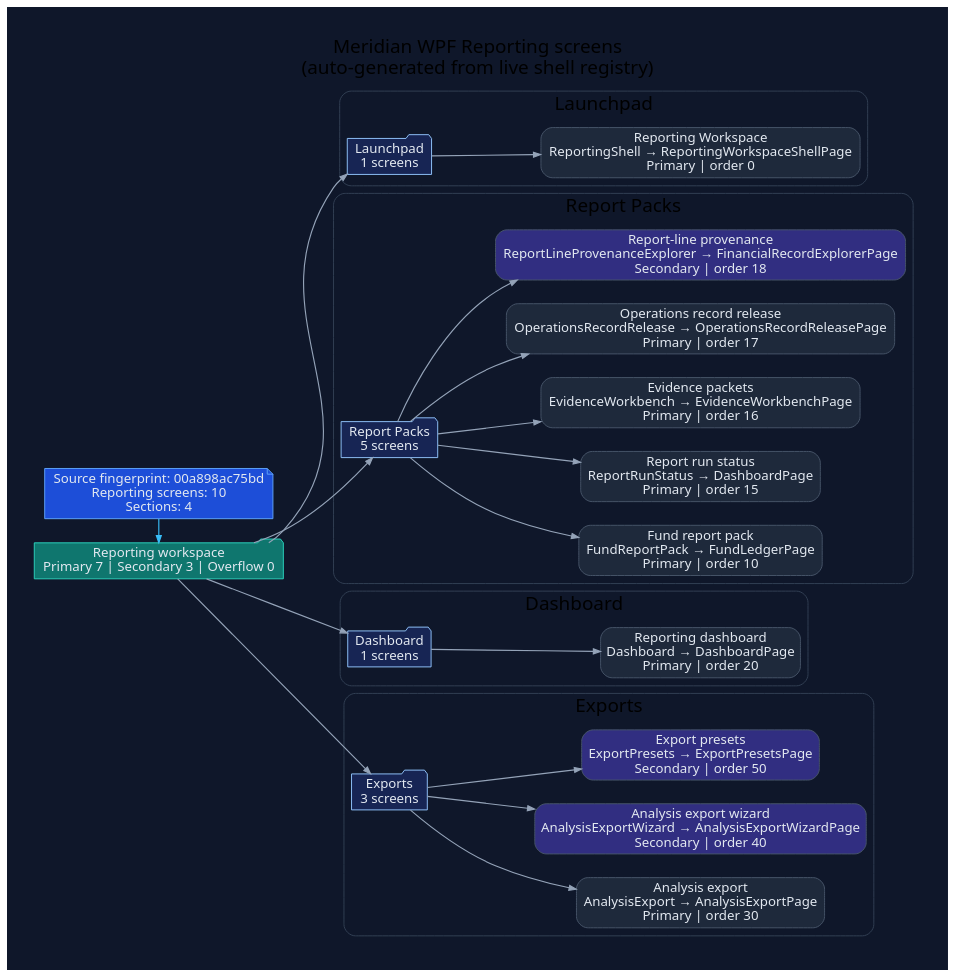
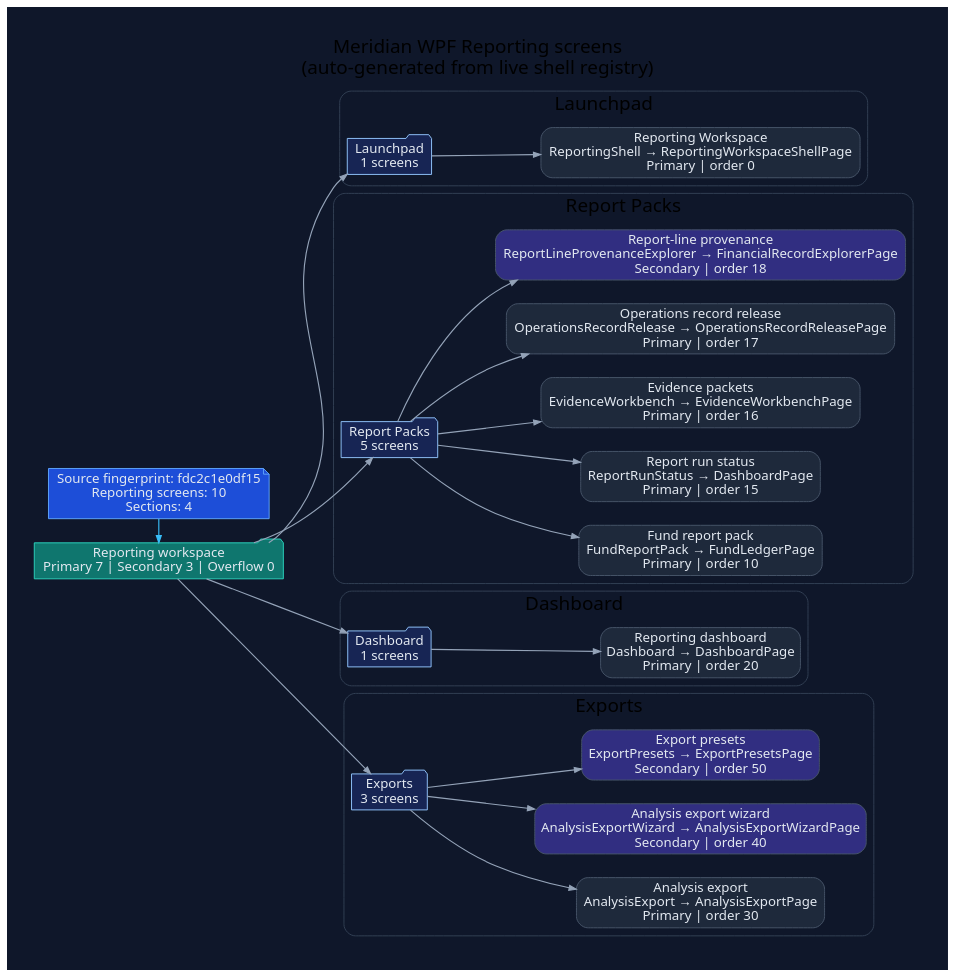
One commit to rodoHasArrived/Meridian-main changed the diagram in docs/diagrams/ui-wpf-screens-reporting.dot. Above: the diagram before and after it, drawn with Graphviz. The commit also changed 86 other files, not shown here.

```diff
--- a/docs/diagrams/ui-wpf-screens-reporting.dot
+++ b/docs/diagrams/ui-wpf-screens-reporting.dot
@@ -1,78 +1,78 @@
 // -----------------------------------------------------------------------------
 // <auto-generated>
 // Generated by scripts/generate-diagrams.mjs.
 // Do not edit this file directly; update the WPF source files instead.
 // -----------------------------------------------------------------------------
 digraph WpfReportingScreens {
   graph [
     rankdir=LR,
     labelloc=t,
     label="Meridian WPF Reporting screens\n(auto-generated from live shell registry)",
     fontname="Segoe UI",
     fontsize=20,
     pad=0.4,
     nodesep=0.35,
     ranksep=0.85,
     bgcolor="#0f172a"
   ];
   node [fontname="Segoe UI", shape=box, style="rounded,filled", color="#475569", fontcolor="#e2e8f0", fillcolor="#1e293b"];
   edge [fontname="Segoe UI", color="#94a3b8", penwidth=1.2, arrowsize=0.75];
 
-  generated [shape=note, fillcolor="#1d4ed8", color="#60a5fa", label="Source fingerprint: 00a898ac75bd\nReporting screens: 10\nSections: 4"];
+  generated [shape=note, fillcolor="#1d4ed8", color="#60a5fa", label="Source fingerprint: fdc2c1e0df15\nReporting screens: 10\nSections: 4"];
   workspace [shape=folder, fillcolor="#0f766e", color="#2dd4bf", label="Reporting workspace\nPrimary 7 | Secondary 3 | Overflow 0"];
   generated -> workspace [color="#38bdf8"];
 
   subgraph cluster_section_1 {
     label="Launchpad";
     color="#334155";
     style="rounded";
     section_1 [shape=folder, fillcolor="#172554", color="#93c5fd", label="Launchpad\n1 screens"];
     workspace -> section_1;
     screen_ReportingShell [fillcolor="#1e293b", label="Reporting Workspace\nReportingShell → ReportingWorkspaceShellPage\nPrimary | order 0"];
     section_1 -> screen_ReportingShell;
   }
 
   subgraph cluster_section_2 {
     label="Report Packs";
     color="#334155";
     style="rounded";
     section_2 [shape=folder, fillcolor="#172554", color="#93c5fd", label="Report Packs\n5 screens"];
     workspace -> section_2;
     screen_FundReportPack [fillcolor="#1e293b", label="Fund report pack\nFundReportPack → FundLedgerPage\nPrimary | order 10"];
     section_2 -> screen_FundReportPack;
     screen_ReportRunStatus [fillcolor="#1e293b", label="Report run status\nReportRunStatus → DashboardPage\nPrimary | order 15"];
     section_2 -> screen_ReportRunStatus;
     screen_EvidenceWorkbench [fillcolor="#1e293b", label="Evidence packets\nEvidenceWorkbench → EvidenceWorkbenchPage\nPrimary | order 16"];
     section_2 -> screen_EvidenceWorkbench;
     screen_OperationsRecordRelease [fillcolor="#1e293b", label="Operations record release\nOperationsRecordRelease → OperationsRecordReleasePage\nPrimary | order 17"];
     section_2 -> screen_OperationsRecordRelease;
     screen_ReportLineProvenanceExplorer [fillcolor="#312e81", label="Report-line provenance\nReportLineProvenanceExplorer → FinancialRecordExplorerPage\nSecondary | order 18"];
     section_2 -> screen_ReportLineProvenanceExplorer;
   }
 
   subgraph cluster_section_3 {
     label="Dashboard";
     color="#334155";
     style="rounded";
     section_3 [shape=folder, fillcolor="#172554", color="#93c5fd", label="Dashboard\n1 screens"];
     workspace -> section_3;
     screen_Dashboard [fillcolor="#1e293b", label="Reporting dashboard\nDashboard → DashboardPage\nPrimary | order 20"];
     section_3 -> screen_Dashboard;
   }
 
   subgraph cluster_section_4 {
     label="Exports";
     color="#334155";
     style="rounded";
     section_4 [shape=folder, fillcolor="#172554", color="#93c5fd", label="Exports\n3 screens"];
     workspace -> section_4;
     screen_AnalysisExport [fillcolor="#1e293b", label="Analysis export\nAnalysisExport → AnalysisExportPage\nPrimary | order 30"];
     section_4 -> screen_AnalysisExport;
     screen_AnalysisExportWizard [fillcolor="#312e81", label="Analysis export wizard\nAnalysisExportWizard → AnalysisExportWizardPage\nSecondary | order 40"];
     section_4 -> screen_AnalysisExportWizard;
     screen_ExportPresets [fillcolor="#312e81", label="Export presets\nExportPresets → ExportPresetsPage\nSecondary | order 50"];
     section_4 -> screen_ExportPresets;
   }
 
   { rank=min; generated; workspace; }
 }
```
